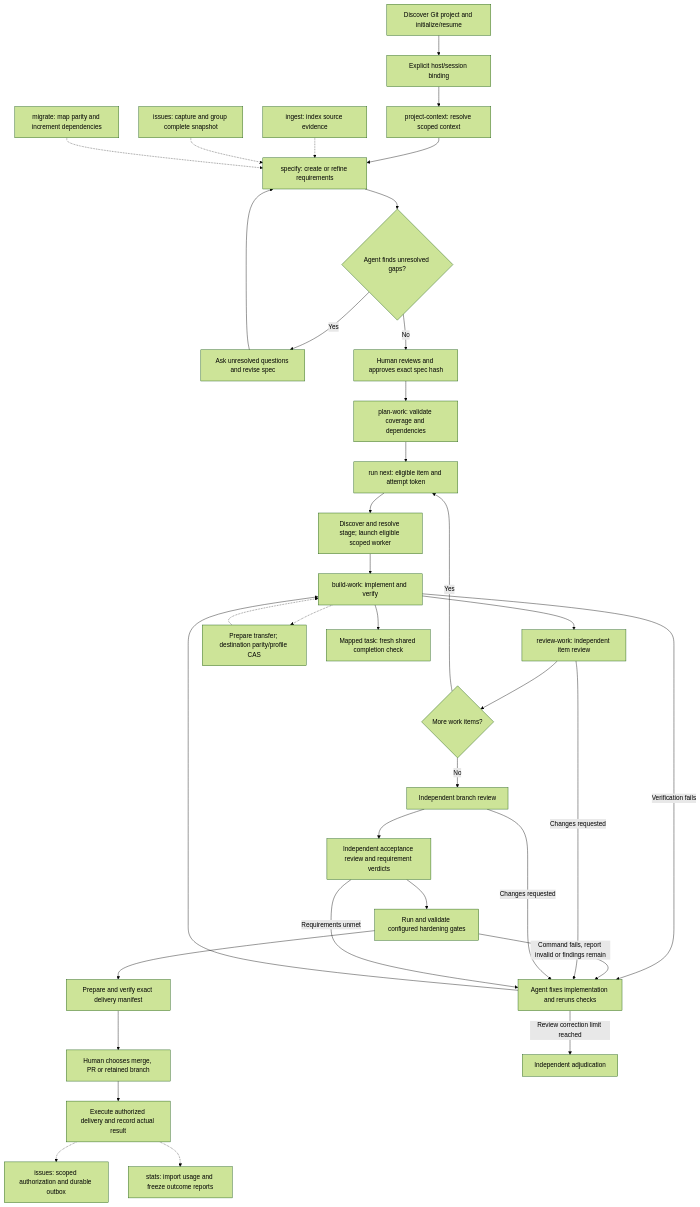
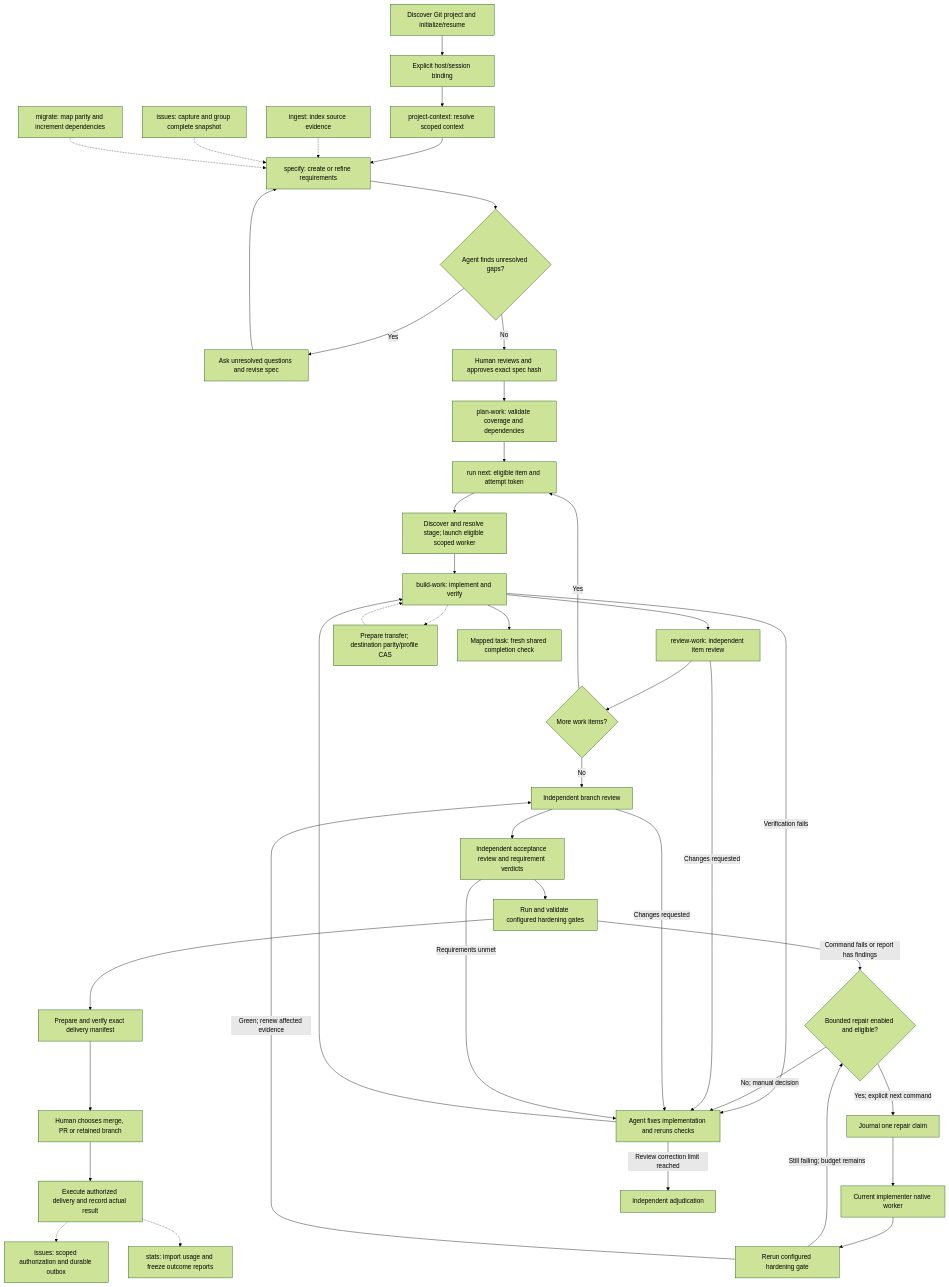
Before and after one commit to wgentil/devflow: the diagram in skills/workflow/SKILL.md, drawn with Mermaid (forest theme). The commit also changed other lines of this file and 21 other files, not shown here.

Commit message:
feat: run bounded native repair cycles and enforce leases

````diff
--- a/skills/workflow/SKILL.md
+++ b/skills/workflow/SKILL.md
@@ -15,37 +15,43 @@
 ```mermaid
 flowchart TD
     Init["Discover Git project and initialize/resume"] --> Attach["Explicit host/session binding"]
     Attach --> Context["project-context: resolve scoped context"] --> Spec["specify: create or refine requirements"]
     Sources["ingest: index source evidence"] -.-> Spec
     Issues["issues: capture and group complete snapshot"] -.-> Spec
     Migration["migrate: map parity and increment dependencies"] -.-> Spec
     Spec --> Gaps{"Agent finds unresolved gaps?"}
     Gaps -->|Yes| Interview["Ask unresolved questions and revise spec"]
     Interview --> Spec
     Gaps -->|No| Approval["Human reviews and approves exact spec hash"]
     Approval --> Plan["plan-work: validate coverage and dependencies"]
     Plan --> Next["run next: eligible item and attempt token"]
     Next --> Model["Discover and resolve stage; launch eligible scoped worker"]
     Model --> Build["build-work: implement and verify"]
     Build --> Item["review-work: independent item review"]
     Item --> More{"More work items?"}
     More -->|Yes| Next
     More -->|No| Branch["Independent branch review"]
     Branch --> Accept["Independent acceptance review and requirement verdicts"]
     Accept --> Harden["Run and validate configured hardening gates"]
     Harden --> Manifest["Prepare and verify exact delivery manifest"]
     Manifest --> Choice["Human chooses merge, PR or retained branch"]
     Choice --> Delivered["Execute authorized delivery and record actual result"]
     Delivered -.-> Reconcile["issues: scoped authorization and durable outbox"]
     Delivered -.-> Stats["stats: import usage and freeze outcome reports"]
     Build -->|Verification fails| Fix["Agent fixes implementation and reruns checks"]
-    Harden -->|Command fails, report invalid or findings remain| Fix
+    Harden -->|Command fails or report has findings| Repair{"Bounded repair enabled and eligible?"}
+    Repair -->|Yes; explicit next command| Lease["Journal one repair claim"]
+    Lease --> Worker["Current implementer native worker"]
+    Worker --> Recheck["Rerun configured hardening gate"]
+    Recheck -->|Still failing; budget remains| Repair
+    Recheck -->|Green; renew affected evidence| Branch
+    Repair -->|No; manual decision| Fix
     Item -->|Changes requested| Fix
     Branch -->|Changes requested| Fix
     Accept -->|Requirements unmet| Fix
     Fix --> Build
     Build -.-> Handoff["Prepare transfer; destination parity/profile CAS"]
     Handoff -.-> Build
     Build --> Complete["Mapped task: fresh shared completion check"]
     Fix -->|Review correction limit reached| Adjudicate["Independent adjudication"]
 ```
````
